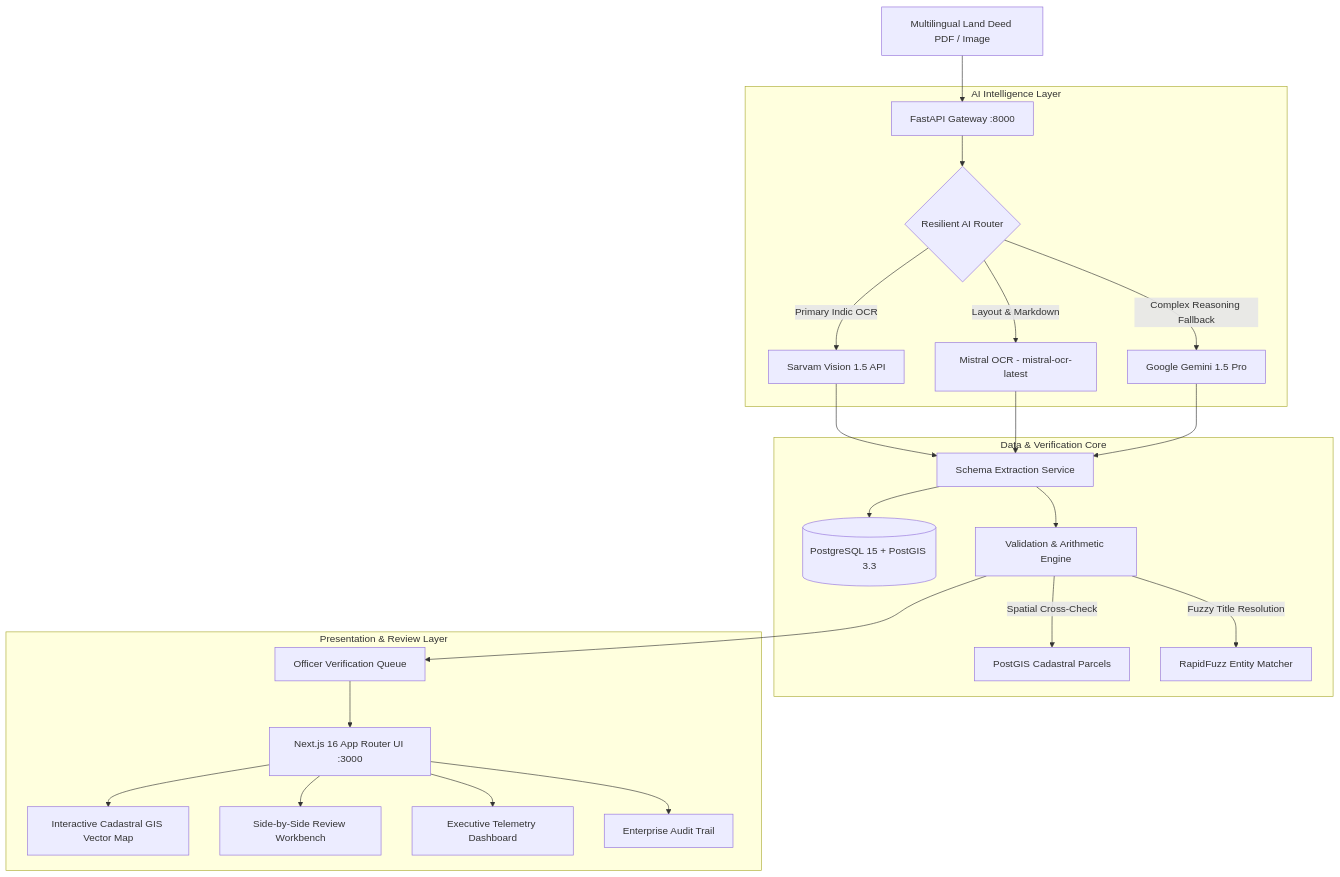
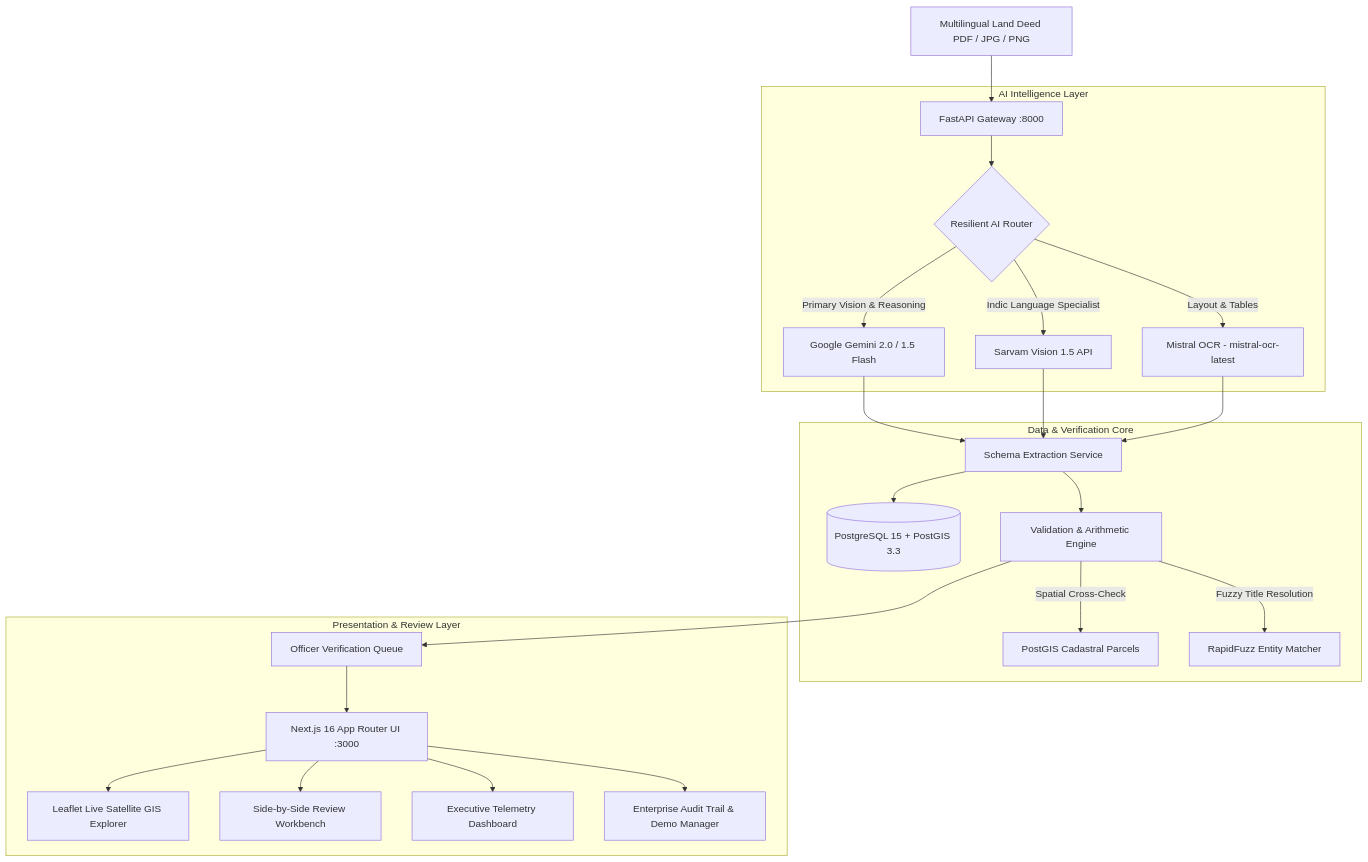
The diagram in README.md (Rakshi2609/indiii), drawn with Mermaid before and after one commit. The commit also changed other lines of this file and 3 other files, not shown here.

Commit message:
feat(demo): add document deletion, demo reset manager, and updated README documentation

````diff
--- a/README.md
+++ b/README.md
@@ -69,30 +71,30 @@
 ```mermaid
 graph TD
-    A[Multilingual Land Deed PDF / Image] --> B[FastAPI Gateway :8000]
+    A[Multilingual Land Deed PDF / JPG / PNG] --> B[FastAPI Gateway :8000]
     
     subgraph AI Intelligence Layer
         B --> C{Resilient AI Router}
-        C -->|Primary Indic OCR| D[Sarvam Vision 1.5 API]
-        C -->|Layout & Markdown| E[Mistral OCR - mistral-ocr-latest]
-        C -->|Complex Reasoning Fallback| F[Google Gemini 1.5 Pro]
+        C -->|Primary Vision & Reasoning| D[Google Gemini 2.0 / 1.5 Flash]
+        C -->|Indic Language Specialist| E[Sarvam Vision 1.5 API]
+        C -->|Layout & Tables| F[Mistral OCR - mistral-ocr-latest]
     end
     
     subgraph Data & Verification Core
         D --> G[Schema Extraction Service]
         E --> G
         F --> G
         G --> H[(PostgreSQL 15 + PostGIS 3.3)]
         G --> I[Validation & Arithmetic Engine]
         I -->|Spatial Cross-Check| J[PostGIS Cadastral Parcels]
         I -->|Fuzzy Title Resolution| K[RapidFuzz Entity Matcher]
     end
     
     subgraph Presentation & Review Layer
         I --> L[Officer Verification Queue]
         L --> M[Next.js 16 App Router UI :3000]
-        M --> N[Interactive Cadastral GIS Vector Map]
+        M --> N[Leaflet Live Satellite GIS Explorer]
         M --> O[Side-by-Side Review Workbench]
         M --> P[Executive Telemetry Dashboard]
-        M --> Q[Enterprise Audit Trail]
+        M --> Q[Enterprise Audit Trail & Demo Manager]
     end
 ```
````
